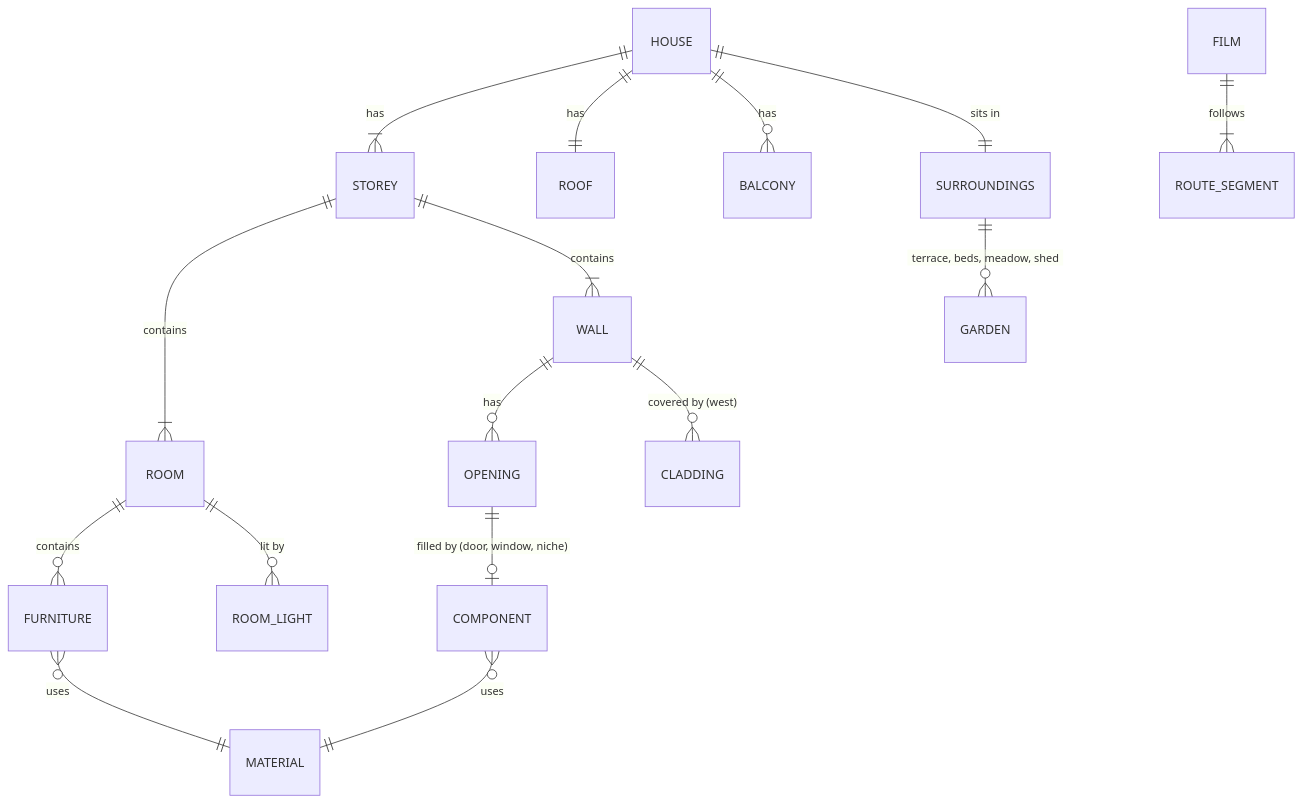
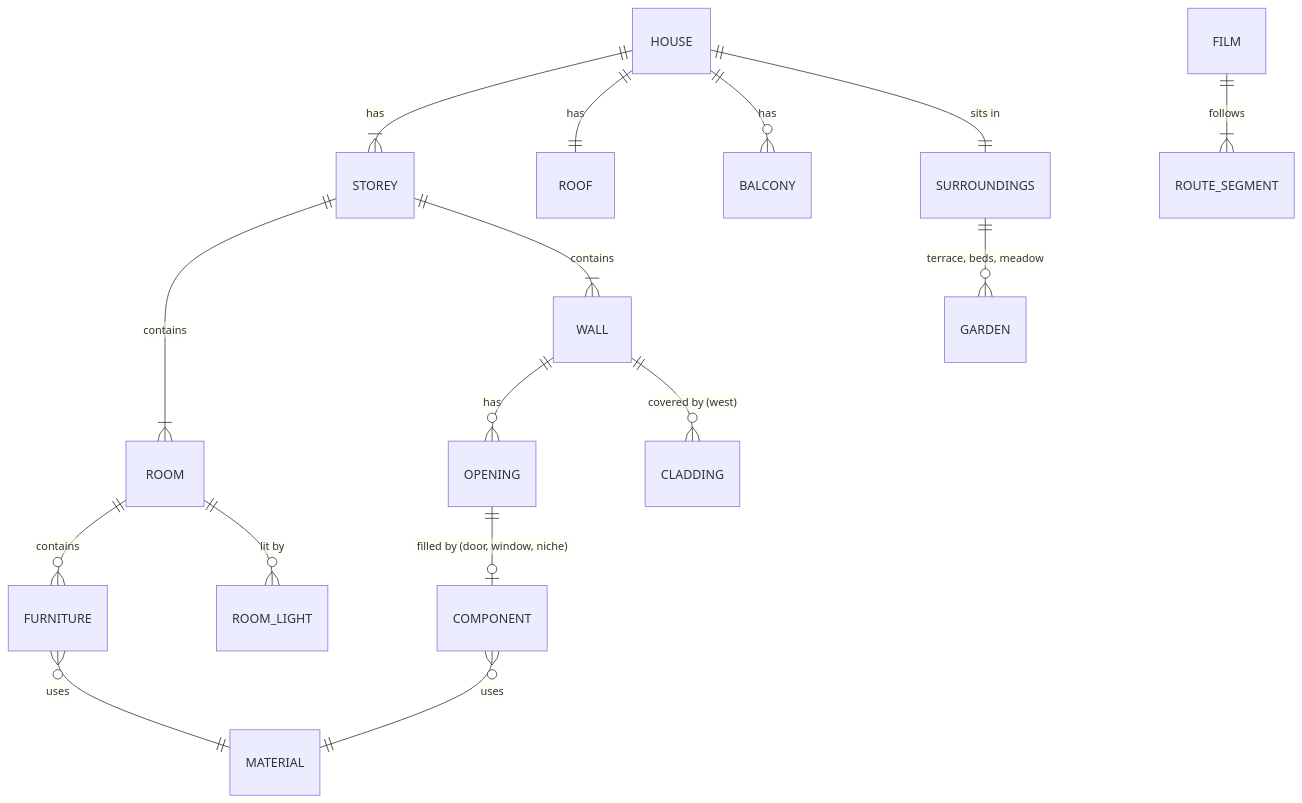
The first of 4 diagrams in specs/system/domain.md (tillg/frechen_blender), drawn with Mermaid before and after one commit. The commit also changed other lines of this file and 11 other files, not shown here.

````diff
--- a/specs/system/domain.md
+++ b/specs/system/domain.md
@@ -59,18 +59,18 @@
 ```mermaid
 erDiagram
     HOUSE ||--|{ STOREY : has
     HOUSE ||--|| ROOF : has
     HOUSE ||--o{ BALCONY : has
     STOREY ||--|{ ROOM : contains
     STOREY ||--|{ WALL : contains
     WALL ||--o{ OPENING : has
     OPENING ||--o| COMPONENT : "filled by (door, window, niche)"
     ROOM ||--o{ FURNITURE : contains
     ROOM ||--o{ ROOM_LIGHT : "lit by"
     WALL ||--o{ CLADDING : "covered by (west)"
     COMPONENT }o--|| MATERIAL : uses
     FURNITURE }o--|| MATERIAL : uses
     HOUSE ||--|| SURROUNDINGS : "sits in"
-    SURROUNDINGS ||--o{ GARDEN : "terrace, beds, meadow, shed"
+    SURROUNDINGS ||--o{ GARDEN : "terrace, beds, meadow"
     FILM ||--|{ ROUTE_SEGMENT : follows
 ```
````
